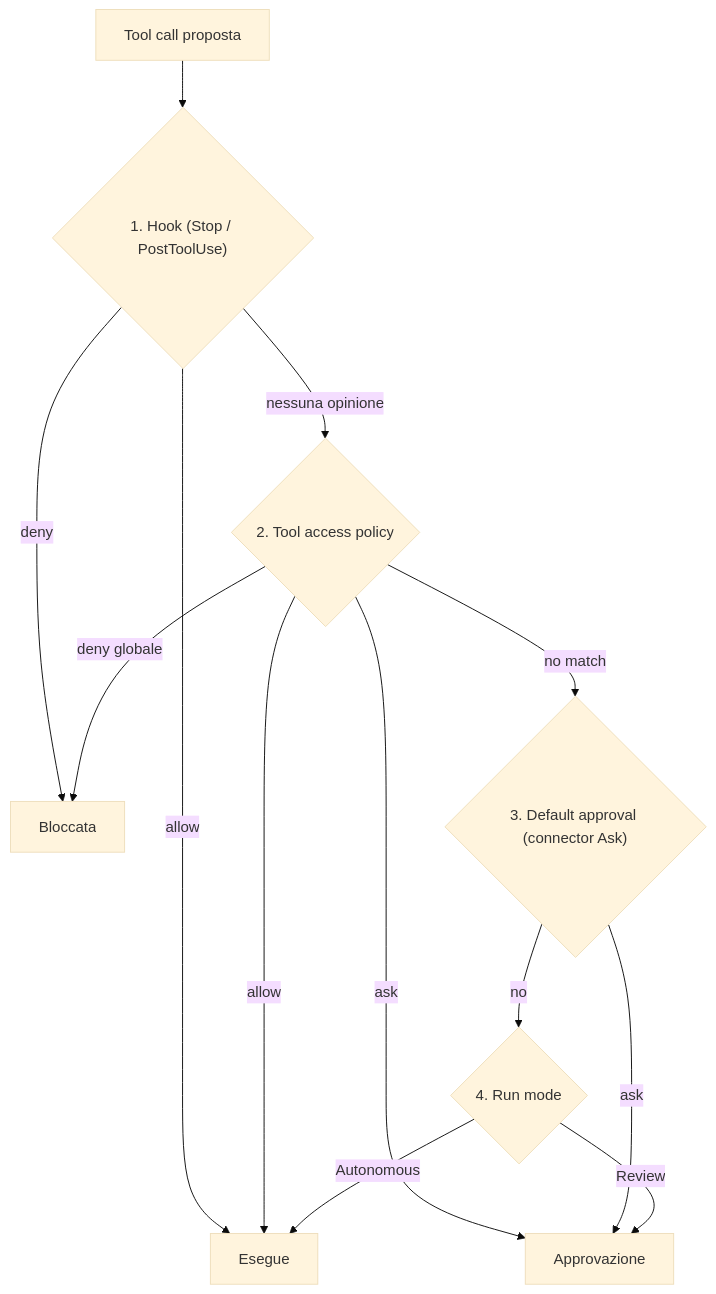
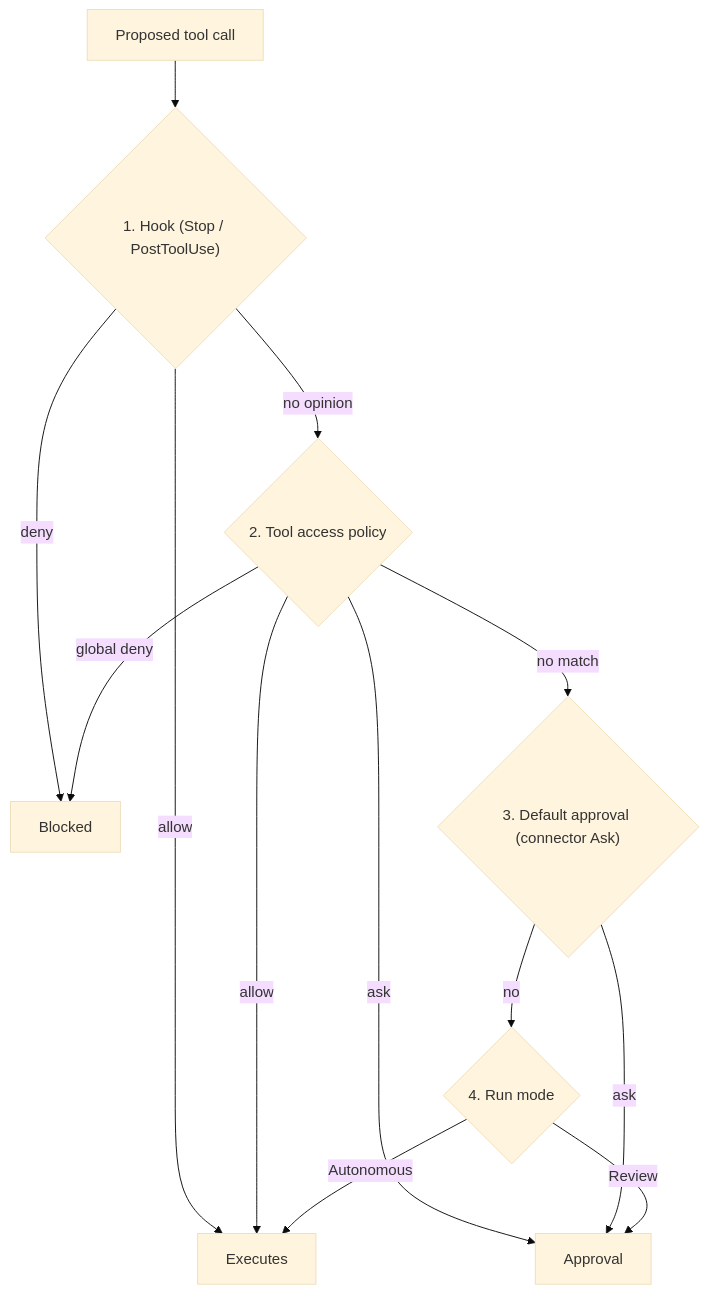
One commit to microsoft/frontier-sre-agent-rvas changed the third of 5 diagrams in Coach/Solutions/docs/azure-sre-agent/sre-agent-guidelines-best-practices-use-cases-how-to.md. Above: the diagram before and after it, drawn with Mermaid (base theme). The commit also changed other lines of this file and 2 other files, not shown here.

````diff
--- a/Coach/Solutions/docs/azure-sre-agent/sre-agent-guidelines-best-practices-use-cases-how-to.md
+++ b/Coach/Solutions/docs/azure-sre-agent/sre-agent-guidelines-best-practices-use-cases-how-to.md
@@ -938,15 +938,15 @@
 ```mermaid
 flowchart TB
-  CALL["Tool call proposta"] --> H{"1. Hook (Stop / PostToolUse)"}
-  H -->|allow| RUN["Esegue"]
-  H -->|deny| BLK["Bloccata"]
-  H -->|nessuna opinione| P{"2. Tool access policy"}
-  P -->|deny globale| BLK
+  CALL["Proposed tool call"] --> H{"1. Hook (Stop / PostToolUse)"}
+  H -->|allow| RUN["Executes"]
+  H -->|deny| BLK["Blocked"]
+  H -->|no opinion| P{"2. Tool access policy"}
+  P -->|global deny| BLK
   P -->|allow| RUN
-  P -->|ask| ASKP["Approvazione"]
+  P -->|ask| ASKP["Approval"]
   P -->|no match| DEF{"3. Default approval (connector Ask)"}
   DEF -->|ask| ASKP
   DEF -->|no| M{"4. Run mode"}
   M -->|Review| ASKP
   M -->|Autonomous| RUN
 ```
````
